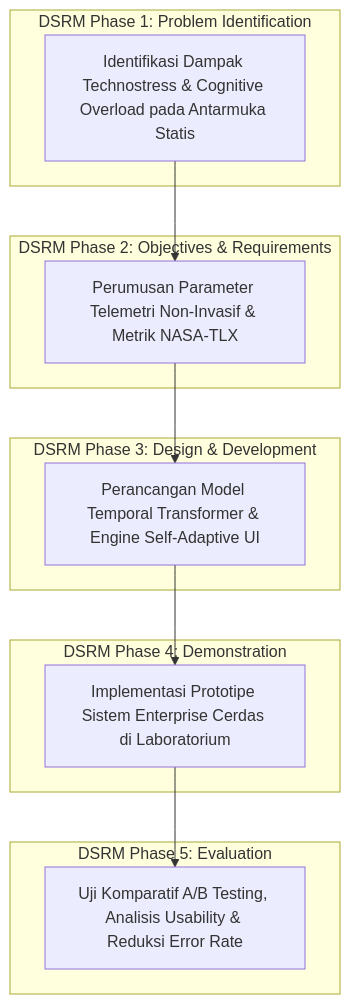
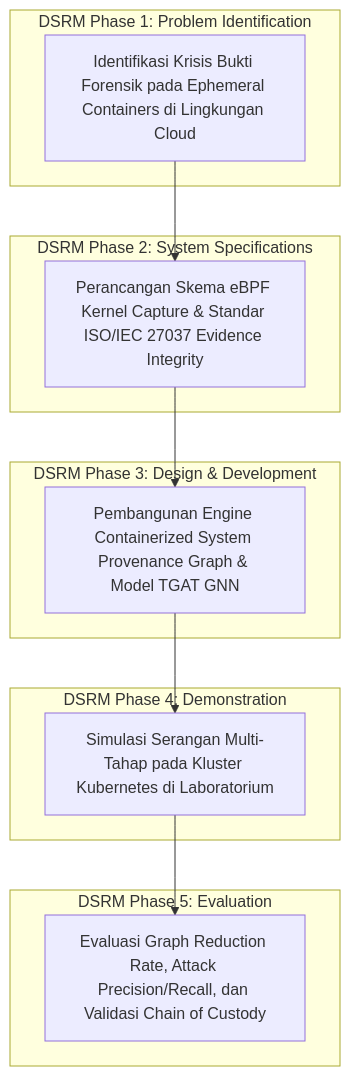
One commit to antonprafanto/hario changed the diagram in 03_DRAFT_PROPOSAL_RESMI_PDIK/Draft_Naskah_Proposal_Disertasi_PDIK_Hario_Jati_Setyadi.md. Above: the diagram before and after it, drawn with Mermaid. The commit also changed other lines of this file and 8 other files, not shown here.

````diff
--- a/03_DRAFT_PROPOSAL_RESMI_PDIK/Draft_Naskah_Proposal_Disertasi_PDIK_Hario_Jati_Setyadi.md
+++ b/03_DRAFT_PROPOSAL_RESMI_PDIK/Draft_Naskah_Proposal_Disertasi_PDIK_Hario_Jati_Setyadi.md
@@ -104,24 +102,24 @@
 ```mermaid
 graph TD
     subgraph Phase1 ["DSRM Phase 1: Problem Identification"]
-        P1["Identifikasi Dampak Technostress & Cognitive Overload pada Antarmuka Statis"]
+        P1["Identifikasi Krisis Bukti Forensik pada Ephemeral Containers di Lingkungan Cloud"]
     end
 
-    subgraph Phase2 ["DSRM Phase 2: Objectives & Requirements"]
-        P2["Perumusan Parameter Telemetri Non-Invasif & Metrik NASA-TLX"]
+    subgraph Phase2 ["DSRM Phase 2: System Specifications"]
+        P2["Perancangan Skema eBPF Kernel Capture & Standar ISO/IEC 27037 Evidence Integrity"]
     end
 
     subgraph Phase3 ["DSRM Phase 3: Design & Development"]
-        P3["Perancangan Model Temporal Transformer & Engine Self-Adaptive UI"]
+        P3["Pembangunan Engine Containerized System Provenance Graph & Model TGAT GNN"]
     end
 
     subgraph Phase4 ["DSRM Phase 4: Demonstration"]
-        P4["Implementasi Prototipe Sistem Enterprise Cerdas di Laboratorium"]
+        P4["Simulasi Serangan Multi-Tahap pada Kluster Kubernetes di Laboratorium"]
     end
 
     subgraph Phase5 ["DSRM Phase 5: Evaluation"]
-        P5["Uji Komparatif A/B Testing, Analisis Usability & Reduksi Error Rate"]
+        P5["Evaluasi Graph Reduction Rate, Attack Precision/Recall, dan Validasi Chain of Custody"]
     end
 
     P1 --> P2 --> P3 --> P4 --> P5
 ```
````
